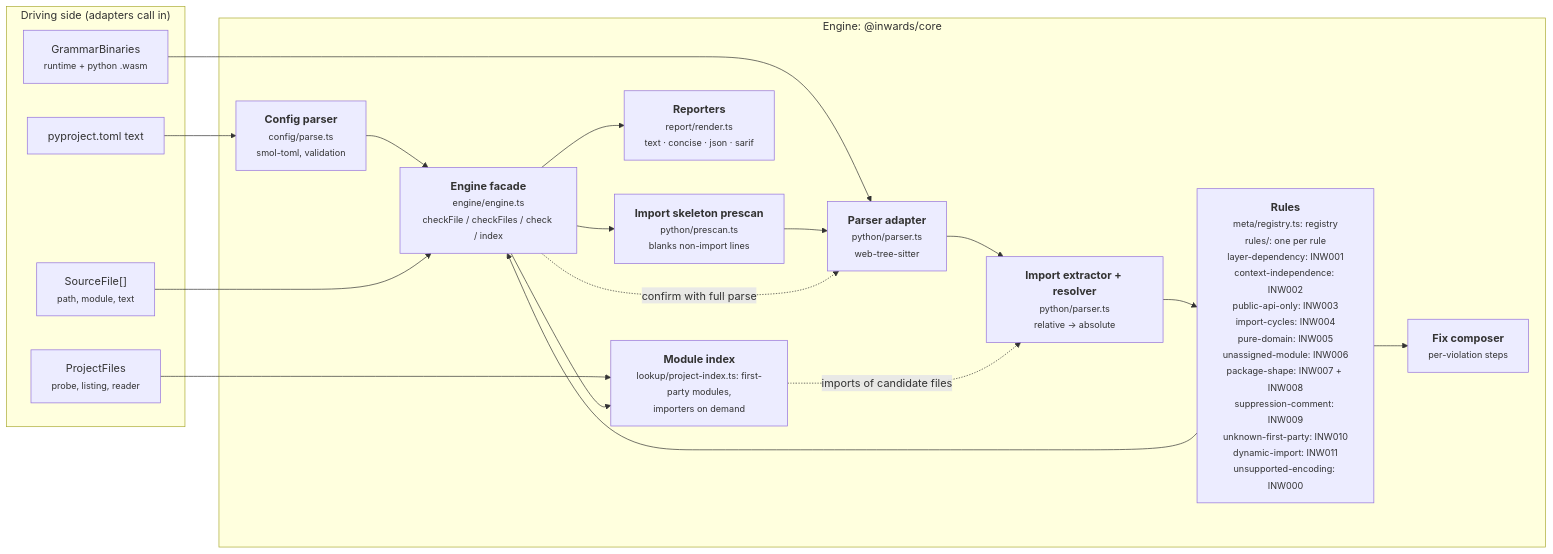
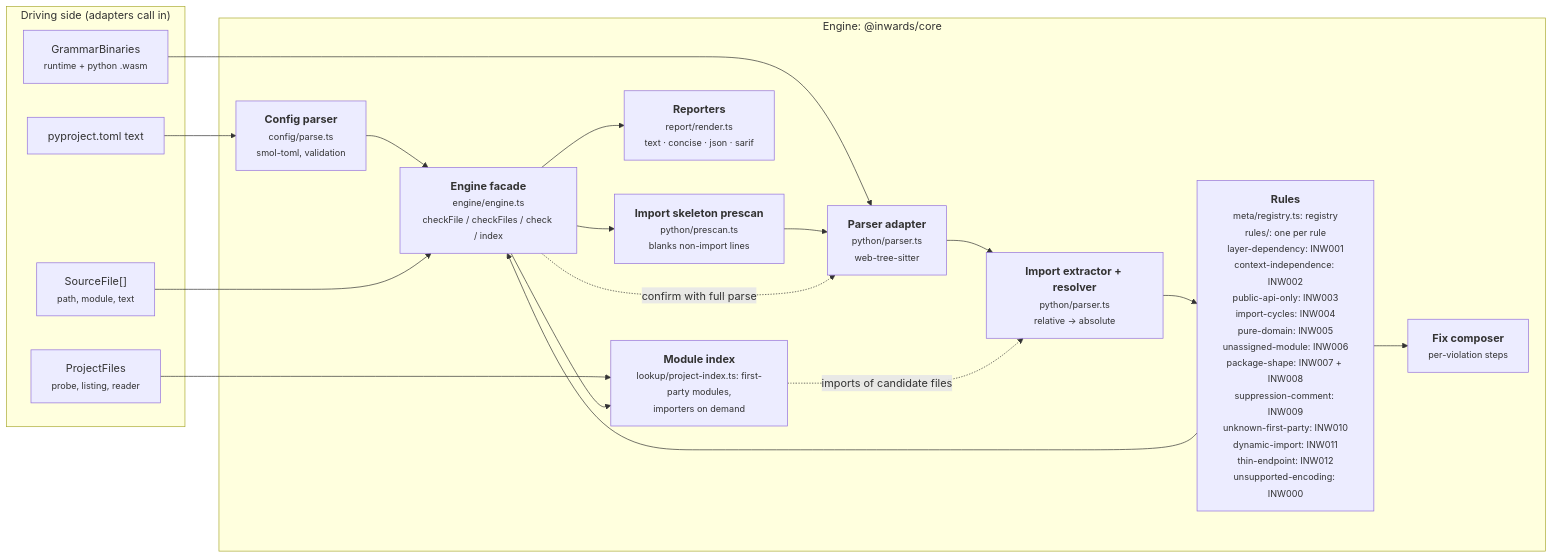
One commit to SirCypkowskyy/inwards changed the third of 6 diagrams in docs/chapters/03-Architecture-C4.md. Above: the diagram before and after it, drawn with Mermaid. The commit also changed other lines of this file and 47 other files, not shown here.

First line of the commit message:
feat(rules): add INW012 thin-endpoint for FastAPI endpoints and custom decorators

````diff
--- a/docs/chapters/03-Architecture-C4.md
+++ b/docs/chapters/03-Architecture-C4.md
@@ -99,33 +99,33 @@
 ```mermaid
 flowchart LR
     subgraph driving["Driving side (adapters call in)"]
         files["SourceFile[]<br/><small>path, module, text</small>"]
         pfiles["ProjectFiles<br/><small>probe, listing, reader</small>"]
         cfgtext["pyproject.toml text"]
         wasm["GrammarBinaries<br/><small>runtime + python .wasm</small>"]
     end
 
     subgraph enginebox["Engine: @inwards/core"]
         config["<b>Config parser</b><br/><small>config/parse.ts<br/>smol-toml, validation</small>"]
         pre["<b>Import skeleton prescan</b><br/><small>python/prescan.ts<br/>blanks non-import lines</small>"]
         parser["<b>Parser adapter</b><br/><small>python/parser.ts<br/>web-tree-sitter</small>"]
         extract["<b>Import extractor + resolver</b><br/><small>python/parser.ts<br/>relative → absolute</small>"]
-        rules["<b>Rules</b><br/><small>meta/registry.ts: registry<br/>rules/: one per rule<br/>layer-dependency: INW001<br/>context-independence: INW002<br/>public-api-only: INW003<br/>import-cycles: INW004<br/>pure-domain: INW005<br/>unassigned-module: INW006<br/>package-shape: INW007 + INW008<br/>suppression-comment: INW009<br/>unknown-first-party: INW010<br/>dynamic-import: INW011<br/>unsupported-encoding: INW000</small>"]
+        rules["<b>Rules</b><br/><small>meta/registry.ts: registry<br/>rules/: one per rule<br/>layer-dependency: INW001<br/>context-independence: INW002<br/>public-api-only: INW003<br/>import-cycles: INW004<br/>pure-domain: INW005<br/>unassigned-module: INW006<br/>package-shape: INW007 + INW008<br/>suppression-comment: INW009<br/>unknown-first-party: INW010<br/>dynamic-import: INW011<br/>thin-endpoint: INW012<br/>unsupported-encoding: INW000</small>"]
         fix["<b>Fix composer</b><br/><small>per-violation steps</small>"]
         report["<b>Reporters</b><br/><small>report/render.ts<br/>text · concise · json · sarif</small>"]
         engine["<b>Engine facade</b><br/><small>engine/engine.ts<br/>checkFile / checkFiles / check / index</small>"]
         modgraph["<b>Module index</b><br/><small>lookup/project-index.ts: first-party modules,<br/>importers on demand</small>"]
     end
 
     cfgtext --> config --> engine
     wasm --> parser
     files --> engine
     engine --> pre --> parser --> extract --> rules
     rules --> fix
     rules --> engine
     engine -. "confirm with full parse" .-> parser
     pfiles --> modgraph
     engine --> modgraph
     modgraph -. "imports of candidate files" .-> extract
     engine --> report
 ```
````
